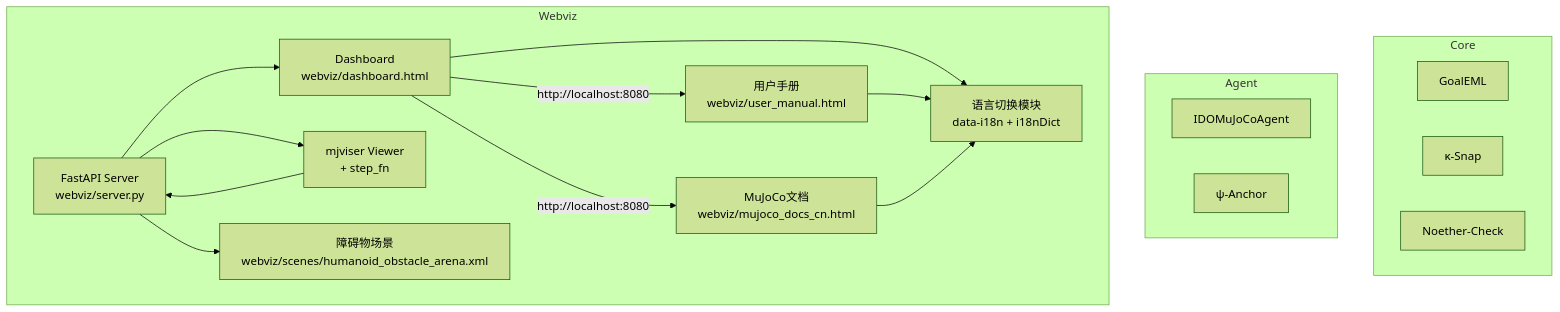
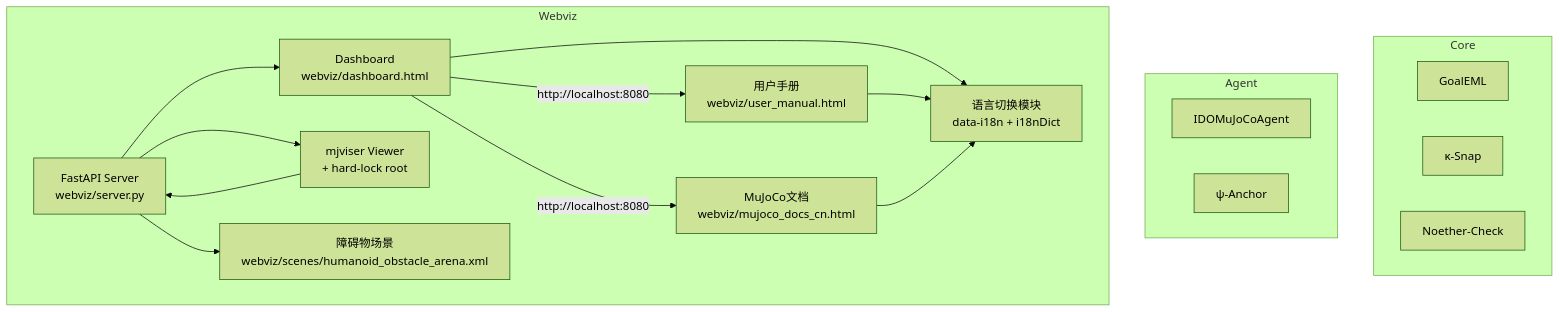
The sixth of 7 diagrams in docs/ARCHITECTURE.md (lisoleg/MuJoCo-Bench-IDO), drawn with Mermaid (forest theme) before and after one commit. The commit also changed other lines of this file and 2 other files, not shown here.

Commit message:
v0.4.2: Hard-lock root standing controller - zero drift, zero twitch

````diff
--- a/docs/ARCHITECTURE.md
+++ b/docs/ARCHITECTURE.md
@@ -626,33 +629,33 @@
 ```mermaid
 graph TB
     subgraph Core
         GoalEML["GoalEML"]
         KappaSnap["κ-Snap"]
         Noether["Noether-Check"]
     end
 
     subgraph Agent
         IDOAgent["IDOMuJoCoAgent"]
         PsiAnchor["ψ-Anchor"]
     end
 
     subgraph Webviz
         FastAPI["FastAPI Server<br/>webviz/server.py"]
         Dashboard["Dashboard<br/>webviz/dashboard.html"]
-        Mjviser["mjviser Viewer<br/>+ step_fn"]
+        Mjviser["mjviser Viewer<br/>+ hard-lock root"]
         UserManual["用户手册<br/>webviz/user_manual.html"]
         MuJoCoDocs["MuJoCo文档<br/>webviz/mujoco_docs_cn.html"]
         ObstacleScene["障碍物场景<br/>webviz/scenes/humanoid_obstacle_arena.xml"]
         I18nModule["语言切换模块<br/>data-i18n + i18nDict"]
     end
 
     FastAPI --> Dashboard
     FastAPI --> Mjviser
     FastAPI --> ObstacleScene
     Dashboard --> I18nModule
     UserManual --> I18nModule
     MuJoCoDocs --> I18nModule
     Dashboard -->|"http://localhost:8080"| UserManual
     Dashboard -->|"http://localhost:8080"| MuJoCoDocs
     Mjviser --> FastAPI
 ```
````
